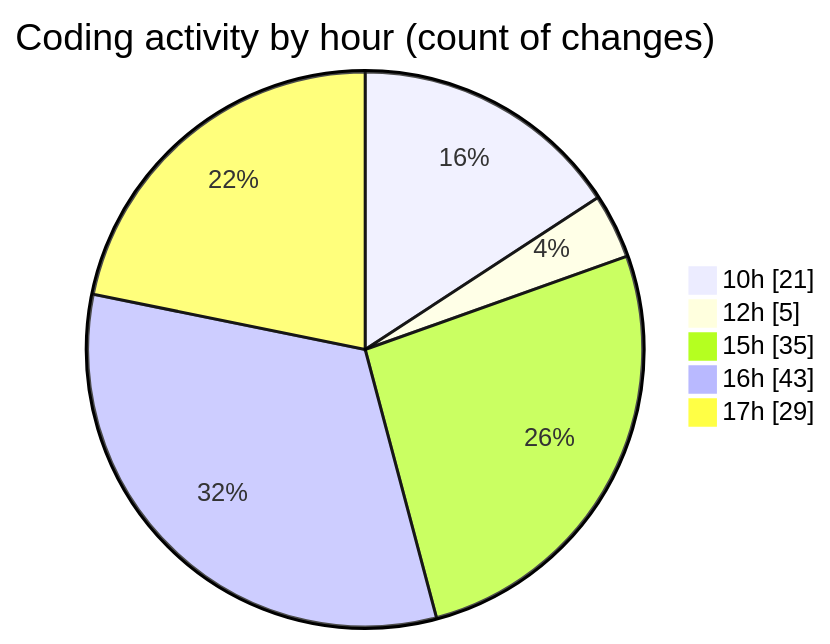
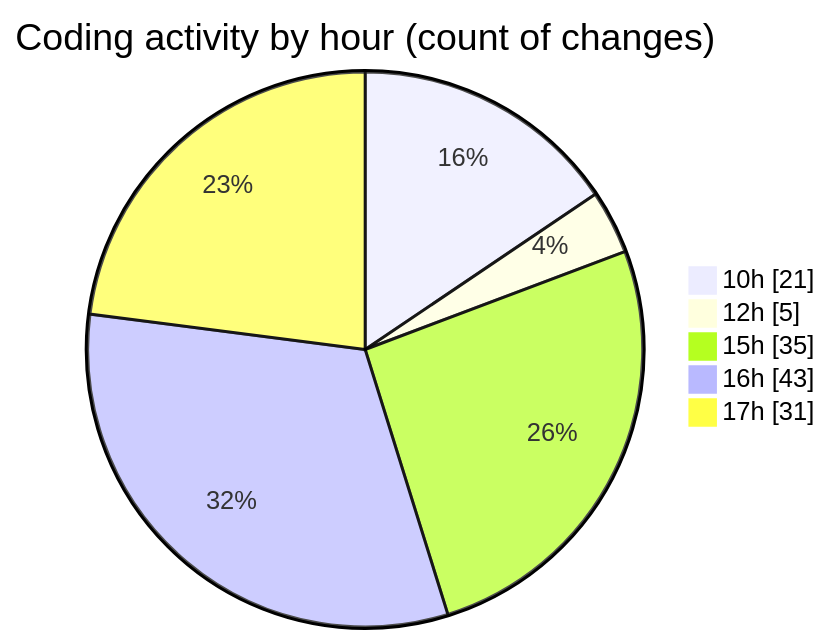
Before and after one commit to momahboobian/code-tracking: the second of 2 diagrams in 2025-08-27/cda/README.md, drawn with Mermaid. The commit also changed other lines of this file and 1 other file, not shown here.

````diff
--- a/2025-08-27/cda/README.md
+++ b/2025-08-27/cda/README.md
@@ -44,9 +45,9 @@
 ```mermaid
 pie showData
 title Coding activity by hour (count of changes)
 "10h" : 21
 "12h" : 5
 "15h" : 35
 "16h" : 43
-"17h" : 29
+"17h" : 31
 ```
````
